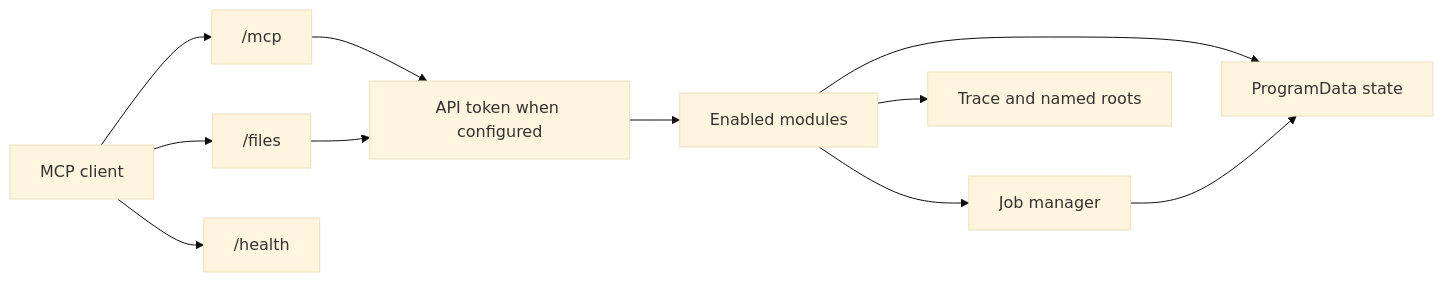
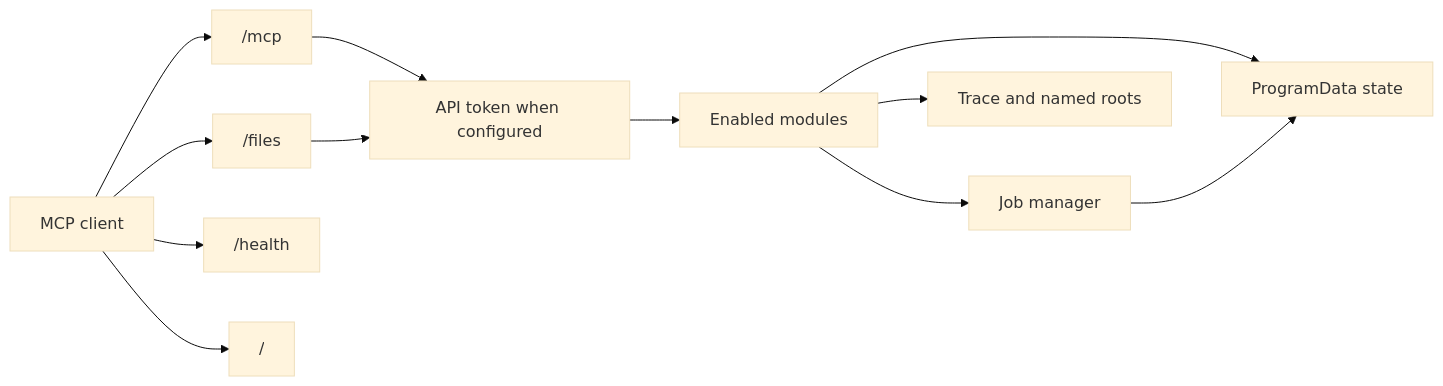
The diagram in docs/architecture.md (nefarius/Vestigo), drawn with Mermaid (base theme) before and after one commit. The commit also changed 8 other files, not shown here.

````diff
--- a/docs/architecture.md
+++ b/docs/architecture.md
@@ -5,13 +5,14 @@
 ```mermaid
 flowchart LR
     client[MCP client] --> mcp["/mcp"]
     client --> filesHttp["/files"]
     client --> health["/health"]
+    client --> root["/"]
     mcp --> auth[API token when configured]
     filesHttp --> auth
     auth --> modules[Enabled modules]
     modules --> jobs[Job manager]
     modules --> roots[Trace and named roots]
     modules --> state[ProgramData state]
     jobs --> state
 ```
````
